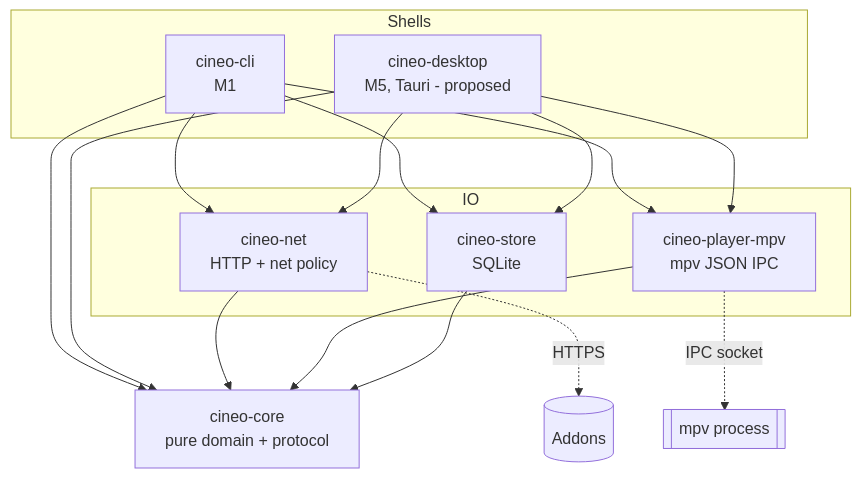
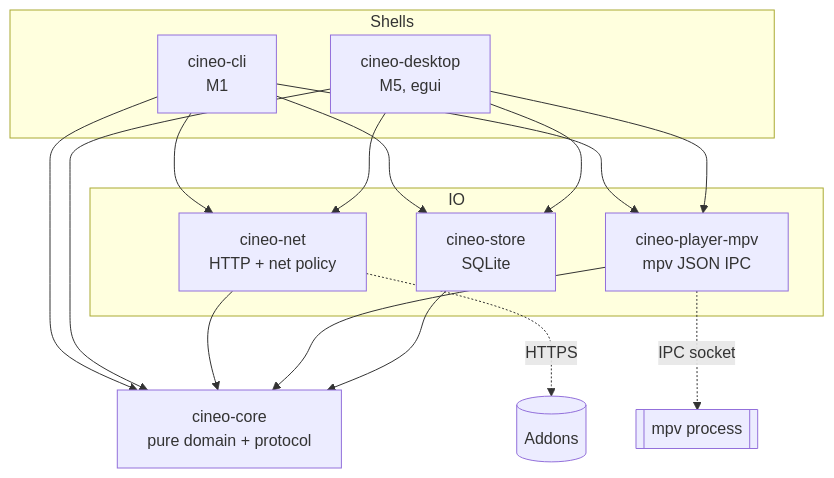
Before and after one commit to mdmrk/cineo: the first of 2 diagrams in docs/ARCHITECTURE.md, drawn with Mermaid. The commit also changed other lines of this file and 7 other files, not shown here.

Commit message:
docs: adopt egui for the desktop UI (ADR-0011)

````diff
--- a/docs/ARCHITECTURE.md
+++ b/docs/ARCHITECTURE.md
@@ -19,22 +19,22 @@
 ```mermaid
 flowchart TB
   subgraph Shells
     CLI[cineo-cli<br/>M1]
-    GUI[cineo-desktop<br/>M5, Tauri - proposed]
+    GUI[cineo-desktop<br/>M5, egui]
   end
   subgraph IO
     NET[cineo-net<br/>HTTP + net policy]
     PLAYER[cineo-player-mpv<br/>mpv JSON IPC]
     STORE[cineo-store<br/>SQLite]
   end
   CORE[cineo-core<br/>pure domain + protocol]
   CLI --> CORE
   GUI --> CORE
   CLI --> NET & PLAYER & STORE
   GUI --> NET & PLAYER & STORE
   NET --> CORE
   PLAYER --> CORE
   STORE --> CORE
   NET -. HTTPS .-> ADDONS[(Addons)]
   PLAYER -. IPC socket .-> MPV[[mpv process]]
 ```
````
